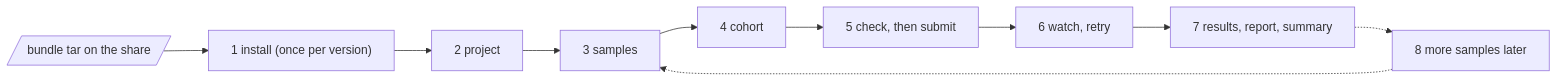
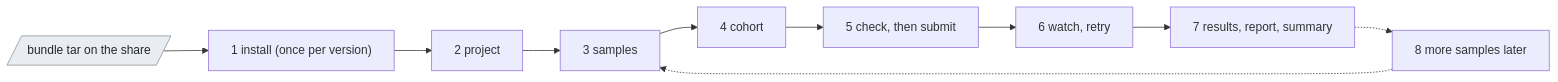
One commit to UppsalaGenomeCenter/ugc-wgw changed the diagram in docs/guide/00-quick-start.md. Above: the diagram before and after it, drawn with Mermaid. The commit also changed 52 other files, not shown here.

````diff
--- a/docs/guide/00-quick-start.md
+++ b/docs/guide/00-quick-start.md
@@ -8,8 +8,9 @@
 ```mermaid
 flowchart LR
-  b[/"bundle tar on the share"/] --> i["1 install (once per version)"]
+  b[/"bundle tar on the share"/]:::data --> i["1 install (once per version)"]
   i --> p["2 project"] --> s["3 samples"] --> c["4 cohort"]
   c --> r["5 check, then submit"] --> w["6 watch, retry"]
   w --> o["7 results, report, summary"]
   o -.-> a["8 more samples later"] -.-> s
+  classDef data fill:#e9edf1,stroke:#8a8f95,color:#22272e
 ```
````
